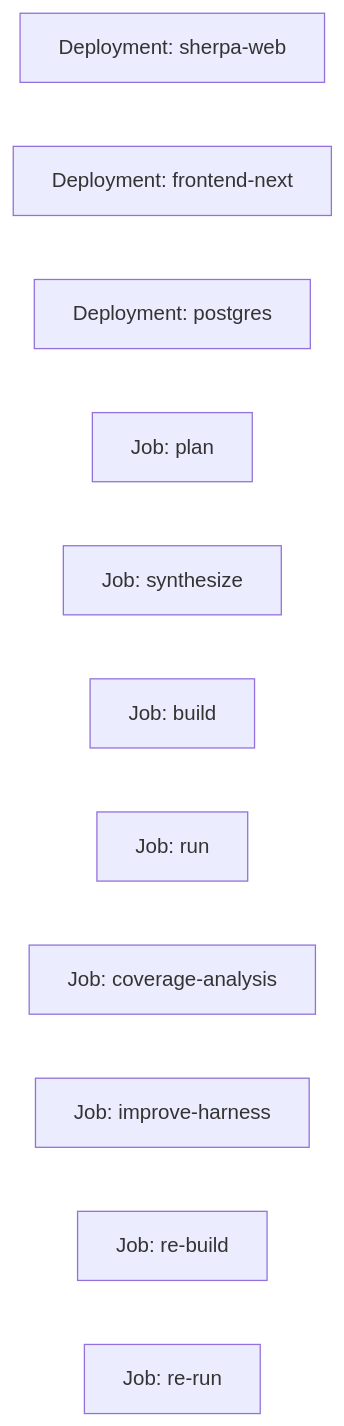
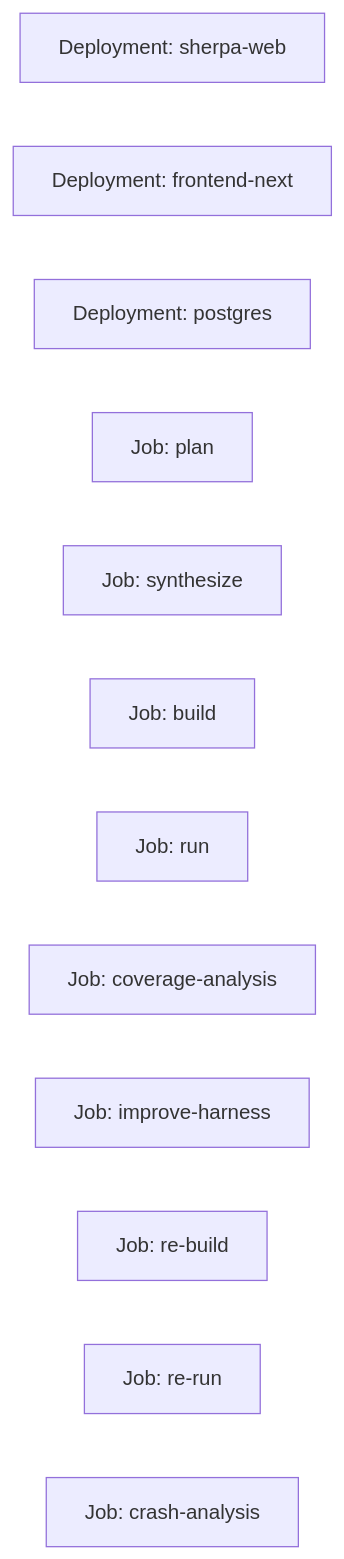
One commit to ZUENS2020/Sherpa changed the diagram in k8s/README.md. Above: the diagram before and after it, drawn with Mermaid. The commit also changed other lines of this file and 30 other files, not shown here.

````diff
--- a/k8s/README.md
+++ b/k8s/README.md
@@ -25,14 +25,15 @@
 ```mermaid
 flowchart LR
   D1["Deployment: sherpa-web"]
   D2["Deployment: frontend-next"]
   D3["Deployment: postgres"]
   J1["Job: plan"]
   J2["Job: synthesize"]
   J3["Job: build"]
   J4["Job: run"]
   J5["Job: coverage-analysis"]
   J6["Job: improve-harness"]
   J7["Job: re-build"]
   J8["Job: re-run"]
+  J9["Job: crash-analysis"]
 ```
````
